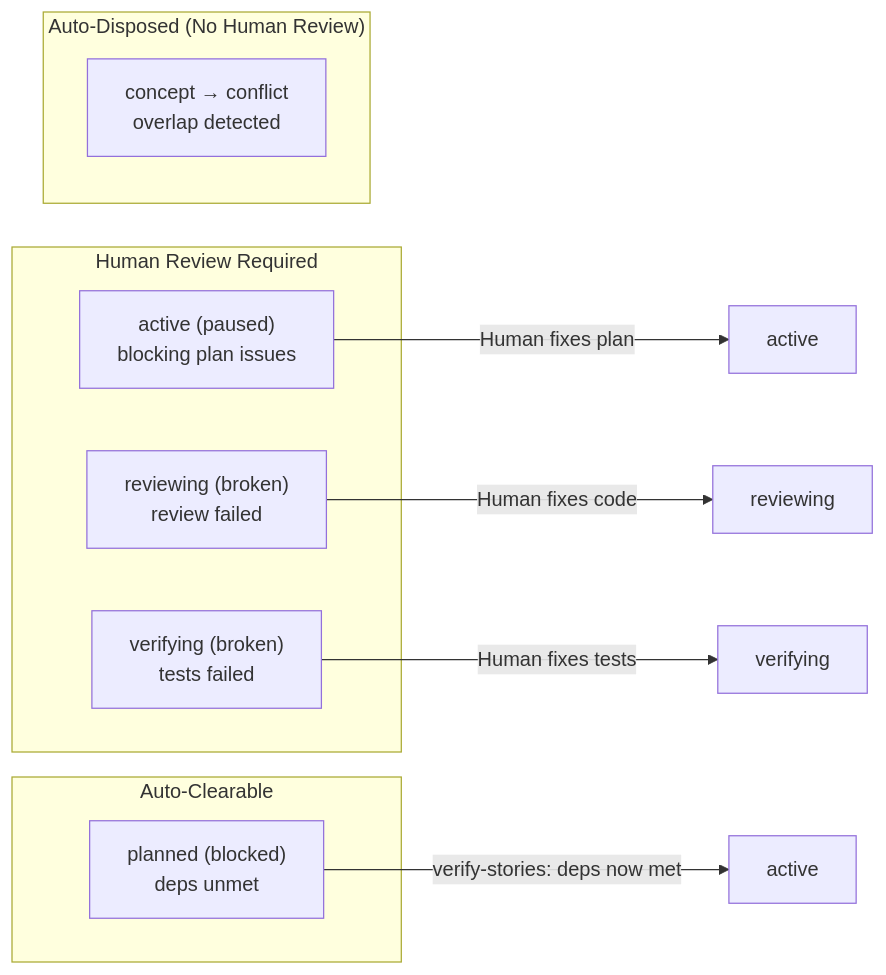
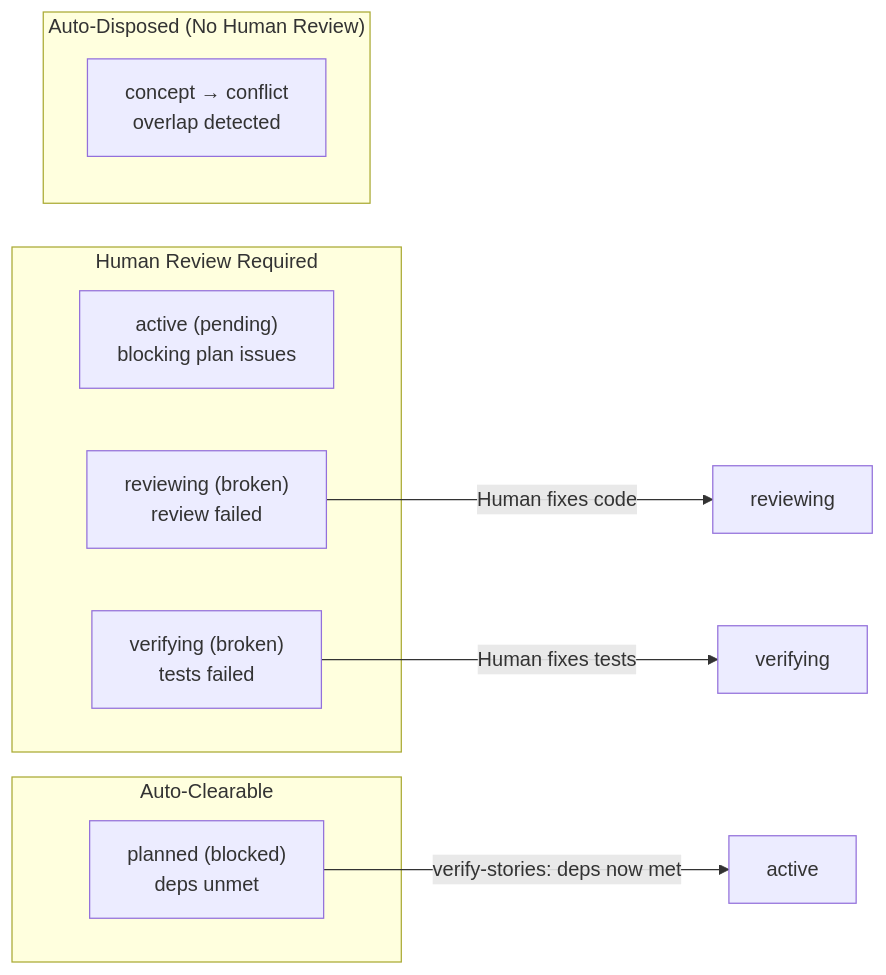
Before and after one commit to Mharbulous/SyncoPaid: the third of 4 diagrams in .claude/skills/story-tree/references/orchestrator-workflow-complete.md, drawn with Mermaid. The commit also changed other lines of this file, not shown here.

First line of the commit message:
fix(workflow): use 'pending' for blocking issues, remove human arrow

````diff
--- a/.claude/skills/story-tree/references/orchestrator-workflow-complete.md
+++ b/.claude/skills/story-tree/references/orchestrator-workflow-complete.md
@@ -265,22 +264,21 @@
 ```mermaid
 flowchart LR
     subgraph "Human Review Required"
-        H2["active (paused)<br/>blocking plan issues"]
+        H2["active (pending)<br/>blocking plan issues"]
         H3["reviewing (broken)<br/>review failed"]
         H4["verifying (broken)<br/>tests failed"]
     end
 
     subgraph "Auto-Clearable"
         A1["planned (blocked)<br/>deps unmet"]
     end
 
     subgraph "Auto-Disposed (No Human Review)"
         C1["concept → conflict<br/>overlap detected"]
     end
 
-    H2 -->|"Human fixes plan"| H2_CLEAR["active"]
     H3 -->|"Human fixes code"| H3_CLEAR["reviewing"]
     H4 -->|"Human fixes tests"| H4_CLEAR["verifying"]
 
     A1 -->|"verify-stories: deps now met"| A1_CLEAR["active"]
 ```
````
